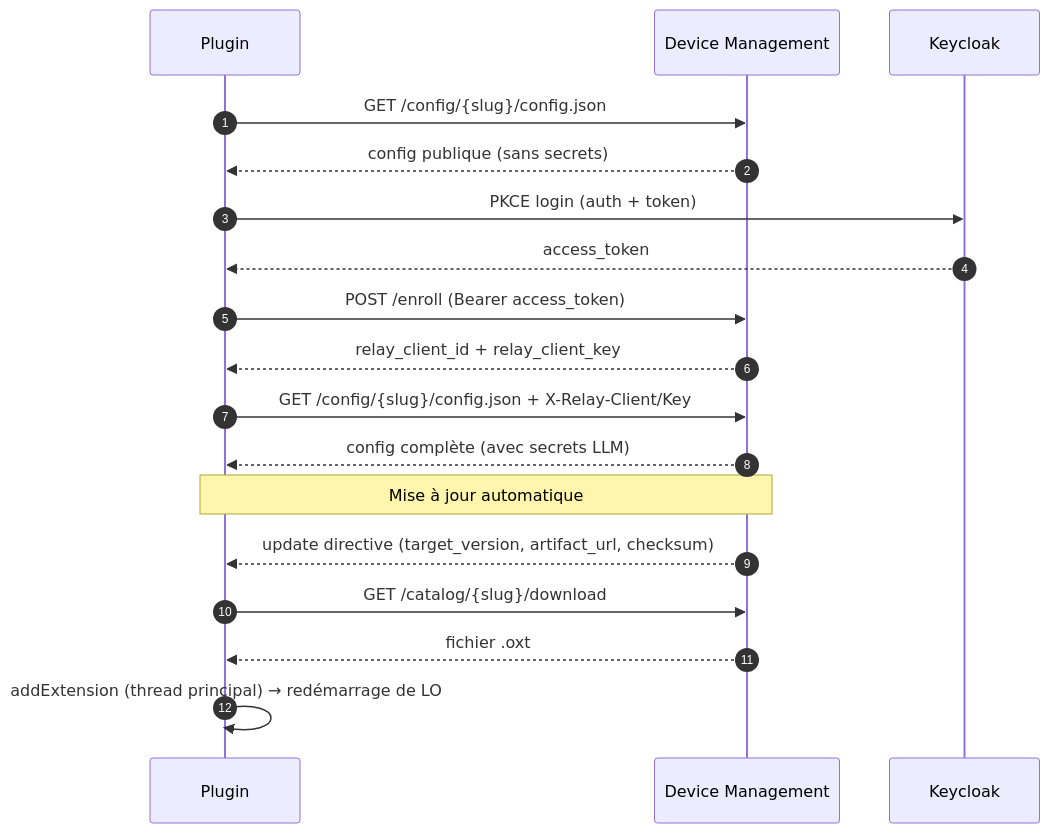
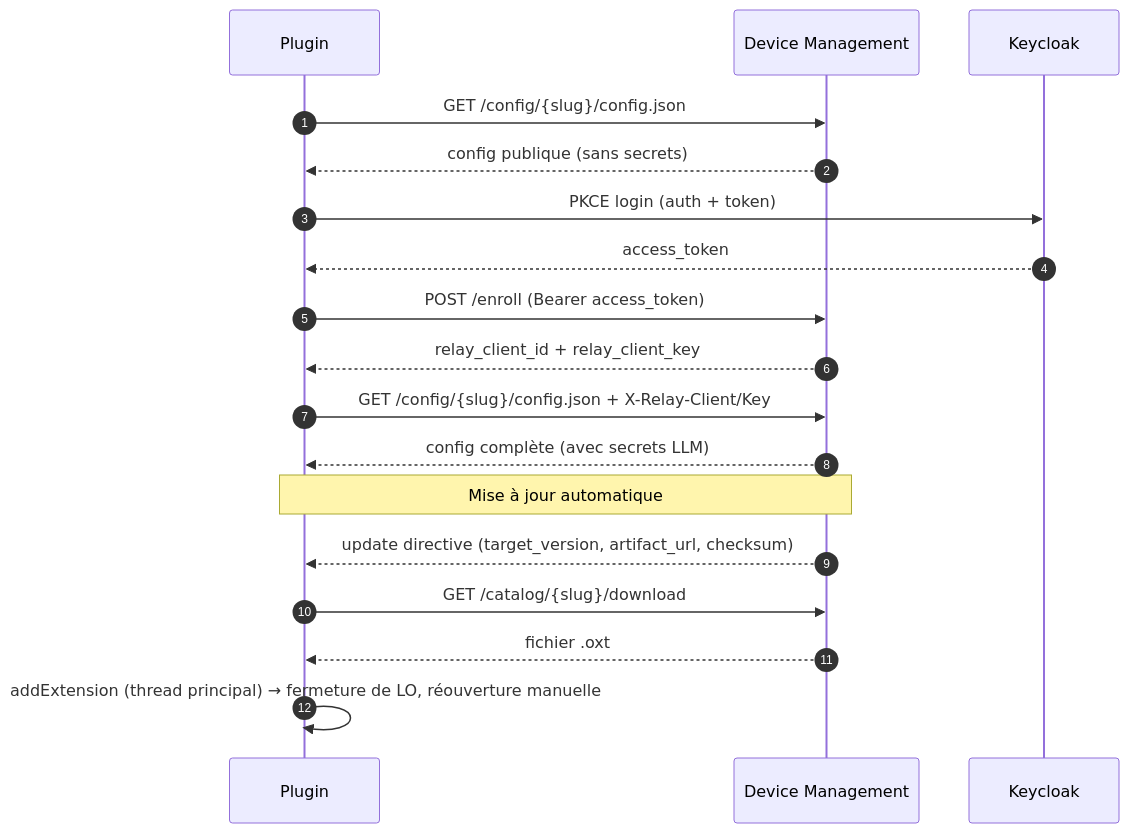
The diagram in README.md (IA-Generative/iassistant-libreoffice), drawn with Mermaid before and after one commit.

Commit message:
docs(readme): the update closes LibreOffice, it does not restart it
The user reopens it; the plugin never relaunches soffice.

````diff
--- a/README.md
+++ b/README.md
@@ -319,25 +319,25 @@
 ```mermaid
 sequenceDiagram
   autonumber
   participant P as Plugin
   participant DM as Device Management
   participant KC as Keycloak
 
   P->>DM: GET /config/{slug}/config.json
   DM-->>P: config publique (sans secrets)
 
   P->>KC: PKCE login (auth + token)
   KC-->>P: access_token
 
   P->>DM: POST /enroll (Bearer access_token)
   DM-->>P: relay_client_id + relay_client_key
 
   P->>DM: GET /config/{slug}/config.json + X-Relay-Client/Key
   DM-->>P: config complète (avec secrets LLM)
 
   Note over P,DM: Mise à jour automatique
   DM-->>P: update directive (target_version, artifact_url, checksum)
   P->>DM: GET /catalog/{slug}/download
   DM-->>P: fichier .oxt
-  P->>P: addExtension (thread principal) → redémarrage de LO
+  P->>P: addExtension (thread principal) → fermeture de LO, réouverture manuelle
 ```
````
